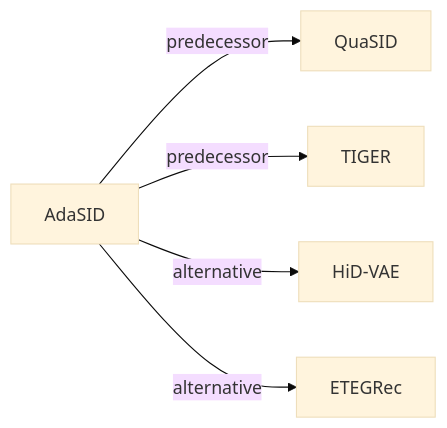
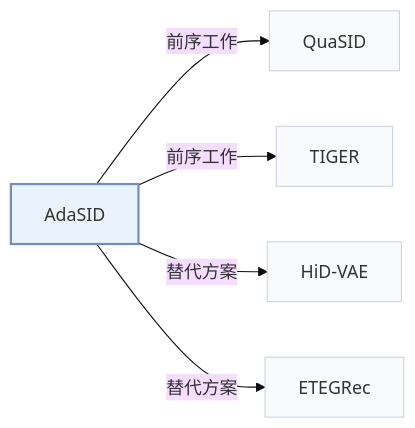
Before and after one commit to Galaxy-ghost/Awesome-SID-Generative-Rec: the second of 2 diagrams in pages/zh/papers/adasid.md, drawn with Mermaid (base theme). The commit also changed other lines of this file and 649 other files, not shown here.

Commit message:
writer-05: also tags and modality index (schema, check, build, visuals); summary field removed; calibration data for 12 papers

````diff
--- a/pages/zh/papers/adasid.md
+++ b/pages/zh/papers/adasid.md
@@ -69,8 +74,12 @@
 ```mermaid
 flowchart LR
     P["AdaSID"]
-    P -->|predecessor| A["QuaSID"]
-    P -->|predecessor| B["TIGER"]
-    P -->|alternative| C["HiD-VAE"]
-    P -->|alternative| D["ETEGRec"]
+    P -->|"前序工作"| A["QuaSID"]
+    P -->|"前序工作"| B["TIGER"]
+    P -->|"替代方案"| C["HiD-VAE"]
+    P -->|"替代方案"| D["ETEGRec"]
+    classDef main fill:#eaf2fb,stroke:#6b8fc7,stroke-width:2px
+    classDef peer fill:#f8fafc,stroke:#cbd5e1
+    class P main
+    class A,B,C,D peer
 ```
````
